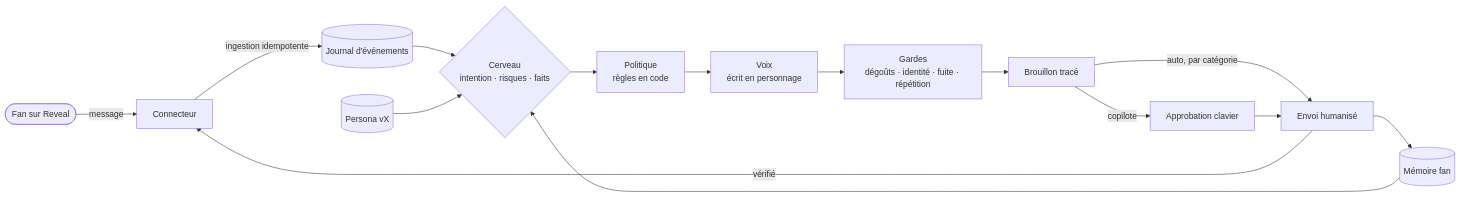
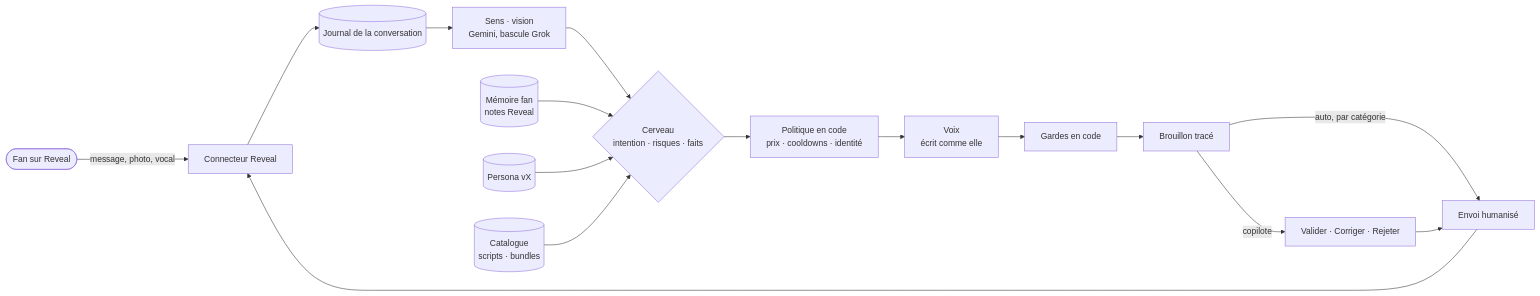
The first of 2 diagrams in README.md (LeyZee/nirvana), drawn with Mermaid before and after one commit. The commit also changed other lines of this file and 9 other files, not shown here.

````diff
--- a/README.md
+++ b/README.md
@@ -69,17 +71,18 @@
 ```mermaid
 flowchart LR
-  F([Fan sur Reveal]) -->|message| C[Connecteur]
-  C -->|ingestion idempotente| J[(Journal d'événements)]
-  J --> B{Cerveau<br/>intention · risques · faits}
-  M[(Mémoire fan)] --> B
+  F([Fan sur Reveal]) -->|message, photo, vocal| C[Connecteur Reveal]
+  C --> J[(Journal de la conversation)]
+  J --> S[Sens · vision<br/>Gemini, bascule Grok]
+  S --> B{Cerveau<br/>intention · risques · faits}
+  M[(Mémoire fan<br/>notes Reveal)] --> B
   P[(Persona vX)] --> B
-  B --> POL[Politique<br/>règles en code]
-  POL --> V[Voix<br/>écrit en personnage]
-  V --> G[Gardes<br/>dégoûts · identité · fuite · répétition]
+  K[(Catalogue<br/>scripts · bundles)] --> B
+  B --> POL[Politique en code<br/>prix · cooldowns · identité]
+  POL --> V[Voix<br/>écrit comme elle]
+  V --> G[Gardes en code]
   G --> D[Brouillon tracé]
-  D -->|copilote| H[Approbation clavier]
-  D -->|auto, par catégorie| S[Envoi humanisé]
-  H --> S
-  S -->|vérifié| C
-  S --> M
+  D -->|copilote| H[Valider · Corriger · Rejeter]
+  D -->|auto, par catégorie| E[Envoi humanisé]
+  H --> E
+  E --> C
 ```
````
